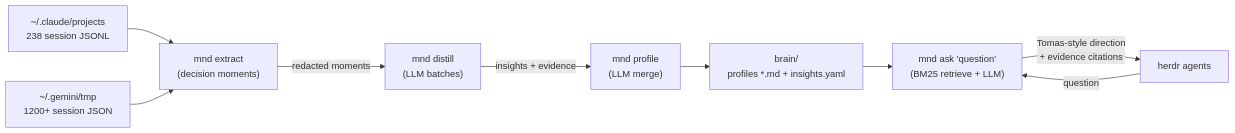
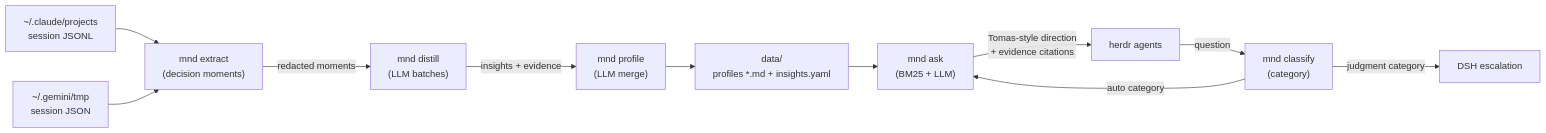
One commit to topolik/tomas-mead-hall changed the diagram in project-management/MND-mind-model/PROJECT.md. Above: the diagram before and after it, drawn with Mermaid. The commit also changed other lines of this file and 8 other files, not shown here.

````diff
--- a/project-management/MND-mind-model/PROJECT.md
+++ b/project-management/MND-mind-model/PROJECT.md
@@ -15,11 +15,13 @@
 ```mermaid
 graph LR
-    C["~/.claude/projects<br/>238 session JSONL"] --> E["mnd extract<br/>(decision moments)"]
-    G["~/.gemini/tmp<br/>1200+ session JSON"] --> E
+    C["~/.claude/projects<br/>session JSONL"] --> E["mnd extract<br/>(decision moments)"]
+    G["~/.gemini/tmp<br/>session JSON"] --> E
     E -->|redacted moments| D["mnd distill<br/>(LLM batches)"]
     D -->|insights + evidence| P["mnd profile<br/>(LLM merge)"]
-    P --> B["brain/<br/>profiles *.md + insights.yaml"]
-    B --> A["mnd ask 'question'<br/>(BM25 retrieve + LLM)"]
-    H["herdr agents"] -->|question| A
+    P --> B["data/<br/>profiles *.md + insights.yaml"]
+    H["herdr agents"] -->|question| CL["mnd classify<br/>(category)"]
+    CL -->|"auto category"| A["mnd ask<br/>(BM25 + LLM)"]
+    CL -->|"judgment category"| DSH["DSH escalation"]
+    B --> A
     A -->|Tomas-style direction<br/>+ evidence citations| H
 ```
````
